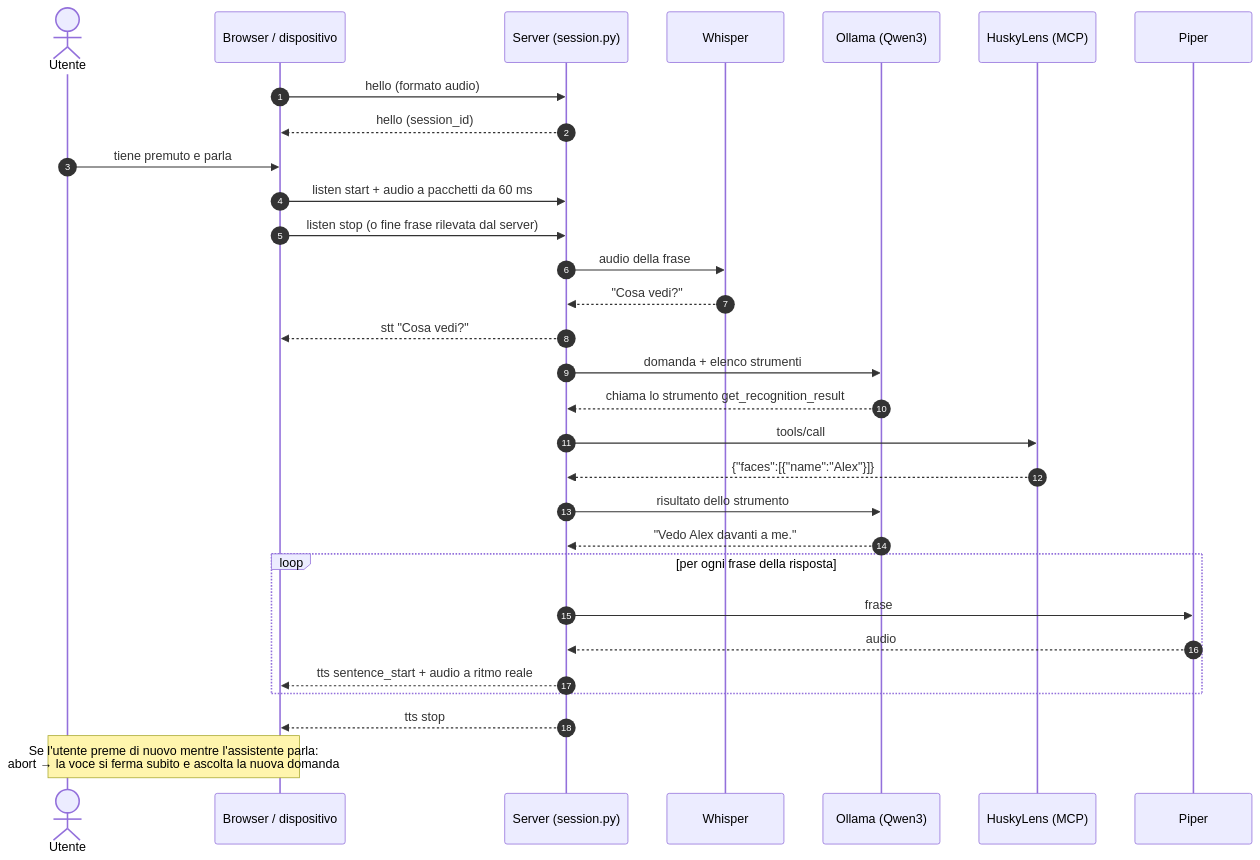
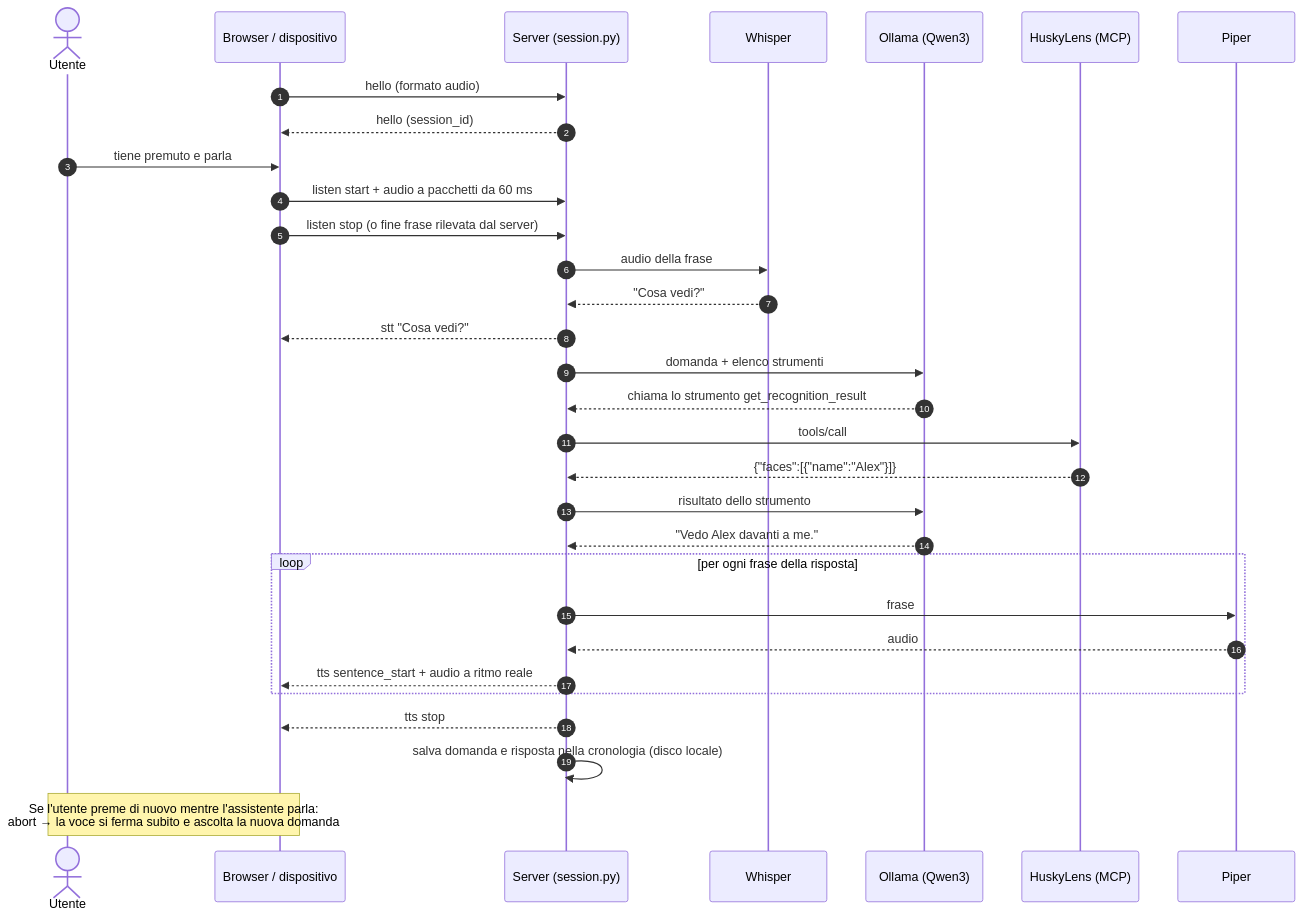
Before and after one commit to BitJacker/xiaozhi-local-server: the second of 5 diagrams in docs/ARCHITETTURA.md, drawn with Mermaid. The commit also changed other lines of this file and 15 other files, not shown here.

First line of the commit message:
Cronologia locale, privacy chiarita e documentazione in inglese

````diff
--- a/docs/ARCHITETTURA.md
+++ b/docs/ARCHITETTURA.md
@@ -52,33 +57,34 @@
 ```mermaid
 sequenceDiagram
     autonumber
     actor U as Utente
     participant C as Browser / dispositivo
     participant S as Server (session.py)
     participant W as Whisper
     participant O as Ollama (Qwen3)
     participant H as HuskyLens (MCP)
     participant P as Piper
 
     C->>S: hello (formato audio)
     S-->>C: hello (session_id)
     U->>C: tiene premuto e parla
     C->>S: listen start + audio a pacchetti da 60 ms
     C->>S: listen stop (o fine frase rilevata dal server)
     S->>W: audio della frase
     W-->>S: "Cosa vedi?"
     S-->>C: stt "Cosa vedi?"
     S->>O: domanda + elenco strumenti
     O-->>S: chiama lo strumento get_recognition_result
     S->>H: tools/call
     H-->>S: {"faces":[{"name":"Alex"}]}
     S->>O: risultato dello strumento
     O-->>S: "Vedo Alex davanti a me."
     loop per ogni frase della risposta
         S->>P: frase
         P-->>S: audio
         S-->>C: tts sentence_start + audio a ritmo reale
     end
     S-->>C: tts stop
+    S->>S: salva domanda e risposta nella cronologia (disco locale)
     Note over U,C: Se l'utente preme di nuovo mentre l'assistente parla:<br/>abort → la voce si ferma subito e ascolta la nuova domanda
 ```
````
